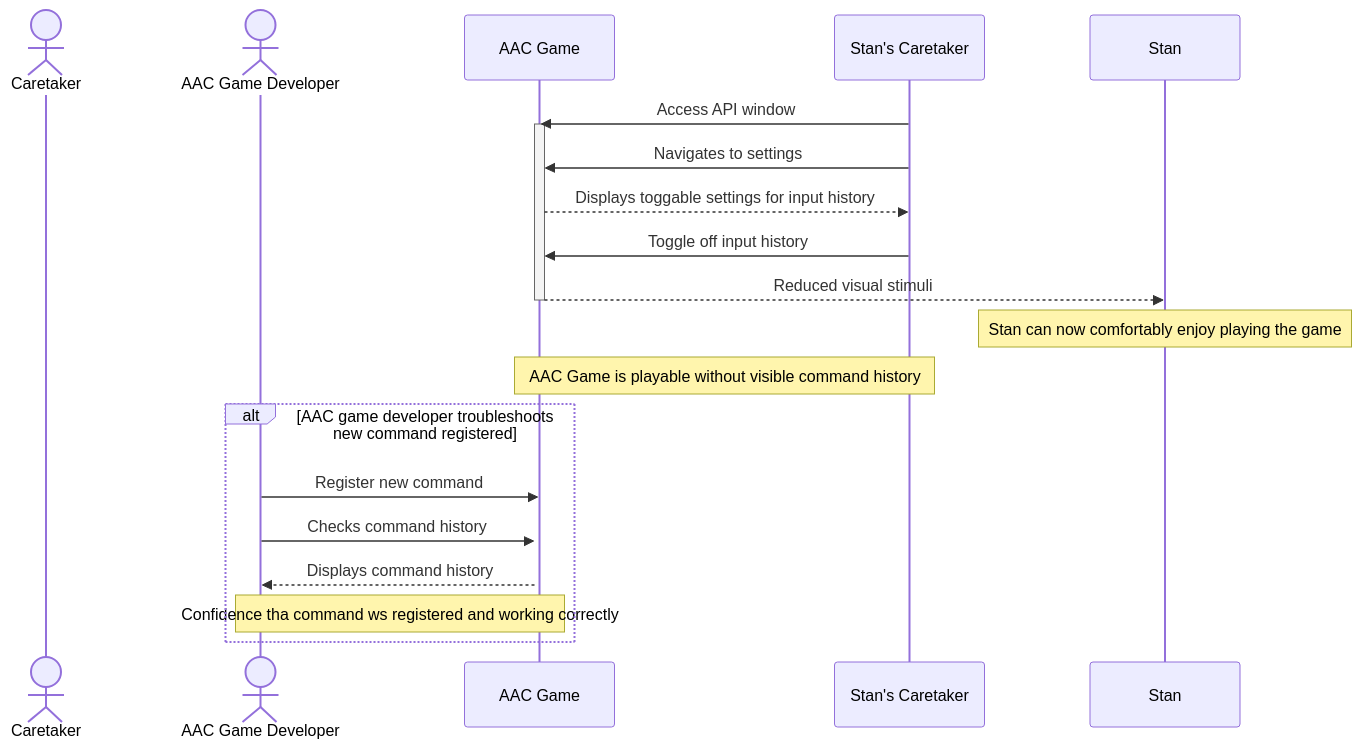
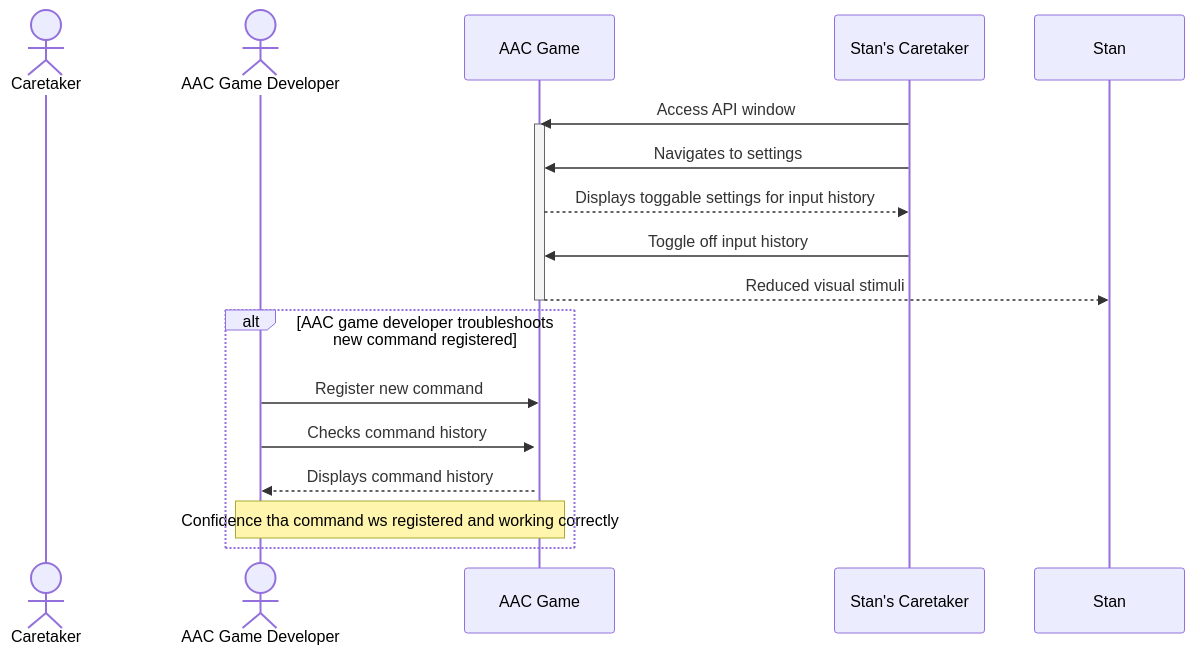
Before and after one commit to Capstone-Projects-2025-Fall/project-001-aac-api: the seventh of 8 diagrams in documentation/docs/system-architecture/sequence-diagrams.md, drawn with Mermaid. The commit also changed other lines of this file, not shown here.

Commit message:
update Sequence Diagram 1

````diff
--- a/documentation/docs/system-architecture/sequence-diagrams.md
+++ b/documentation/docs/system-architecture/sequence-diagrams.md
@@ -325,25 +322,22 @@
 ```mermaid
 sequenceDiagram
     actor Caretaker
     actor AAC Game Developer
     participant AAC Game
     
     Stan's Caretaker ->> AAC Game: Access API window
     activate AAC Game
     Stan's Caretaker ->> AAC Game: Navigates to settings
     AAC Game -->> Stan's Caretaker: Displays toggable settings for input history
     Stan's Caretaker ->> AAC Game: Toggle off input history
     
     AAC Game -->> Stan: Reduced visual stimuli
-    deactivate AAC Game
-    Note over Stan: Stan can now comfortably enjoy playing the game
-    Note over Stan's Caretaker, AAC Game: AAC Game is playable without visible command history
-    
+    deactivate AAC Game    
     alt AAC game developer troubleshoots new command registered
         AAC Game Developer ->> AAC Game: Register new command
         activate AAC Game
         AAC Game Developer ->> AAC Game: Checks command history
         AAC Game -->> AAC Game Developer: Displays command history
         Note over AAC Game Developer, AAC Game: Confidence tha command ws registered and working correctly
     end
 ```
````
